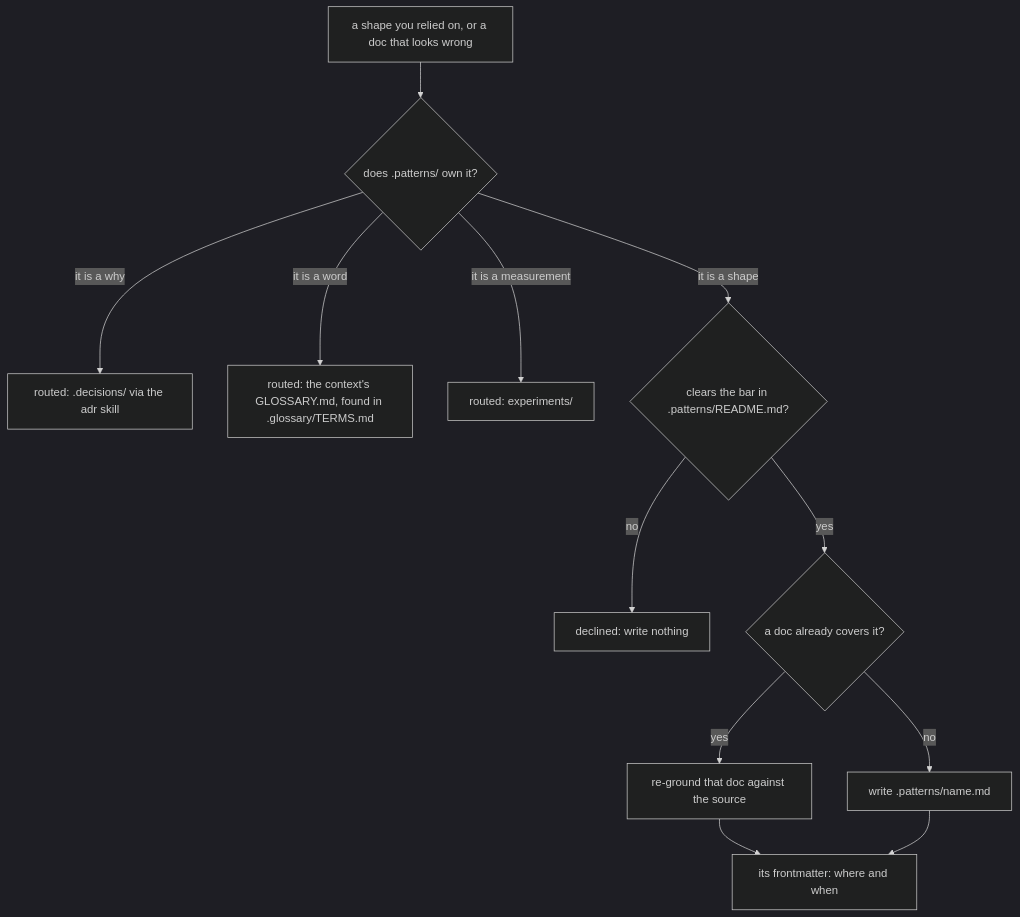
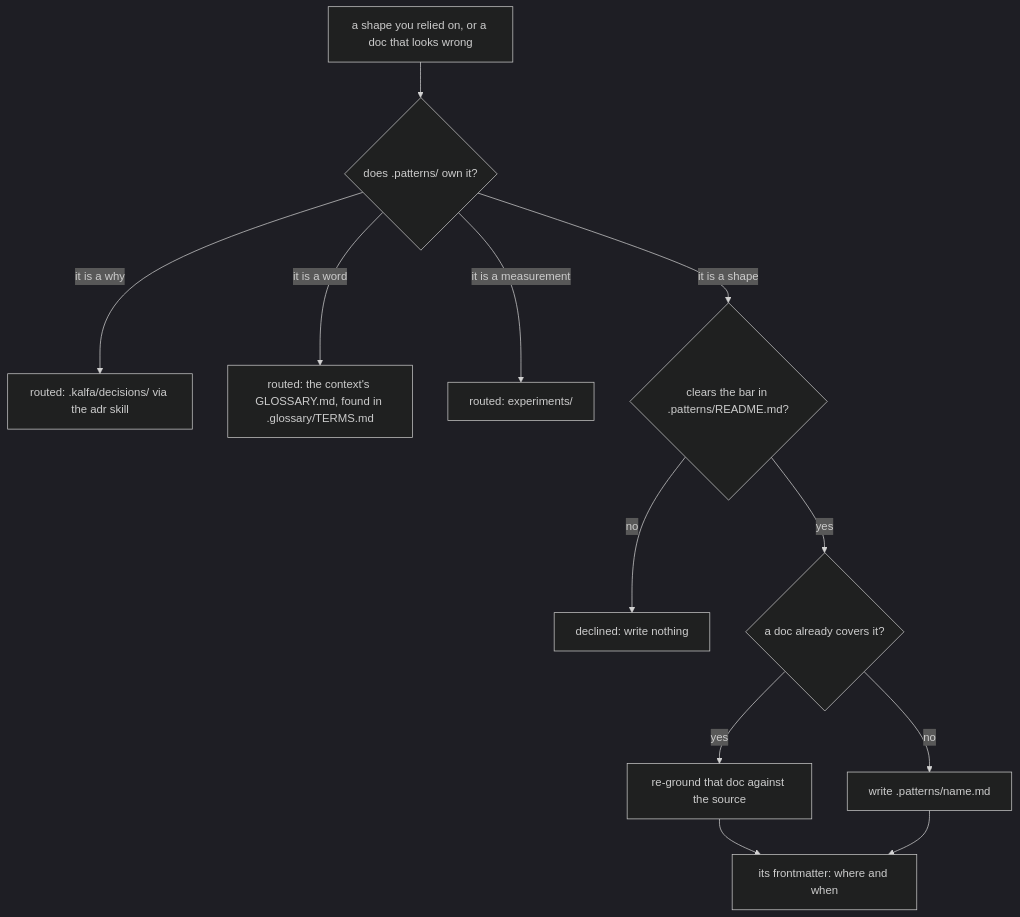
One commit to kamp-us/tea-fabrika changed the diagram in .agents/skills/write-pattern/SKILL.md. Above: the diagram before and after it, drawn with Mermaid (dark theme). The commit also changed other lines of this file and 980 other files, not shown here.

First line of the commit message:
The decision log is replaced by a short ADR log in .kalfa/decisions/ (556 records to 54)

````diff
--- a/.agents/skills/write-pattern/SKILL.md
+++ b/.agents/skills/write-pattern/SKILL.md
@@ -17,14 +17,14 @@
 ```mermaid
 flowchart TD
   start["a shape you relied on, or a doc that looks wrong"] --> owns{"does .patterns/ own it?"}
-  owns -- "it is a why" --> routed["routed: .decisions/ via the adr skill"]
+  owns -- "it is a why" --> routed["routed: .kalfa/decisions/ via the adr skill"]
   owns -- "it is a word" --> routedWord["routed: the context's GLOSSARY.md, found in .glossary/TERMS.md"]
   owns -- "it is a measurement" --> routedExp["routed: experiments/"]
   owns -- "it is a shape" --> bar{"clears the bar in .patterns/README.md?"}
   bar -- no --> declined["declined: write nothing"]
   bar -- yes --> exists{"a doc already covers it?"}
   exists -- yes --> reground["re-ground that doc against the source"]
   exists -- no --> write["write .patterns/name.md"]
   reground --> register["its frontmatter: where and when"]
   write --> register
 ```
````
